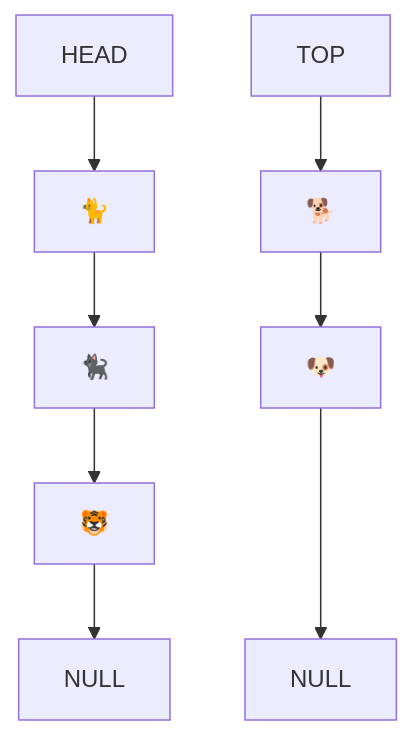
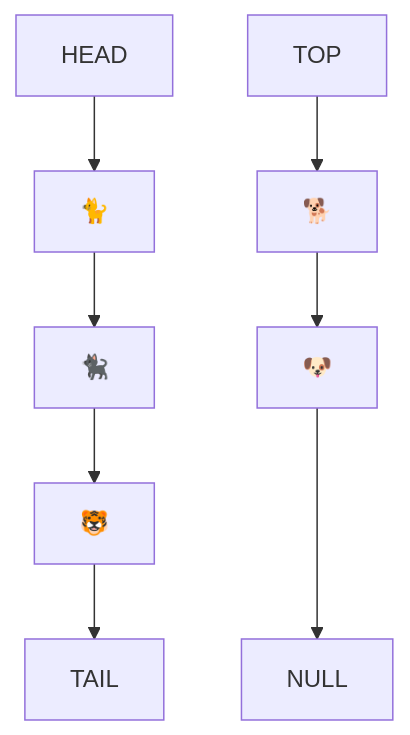
One commit to rmccrear/data-structures-and-algorithms changed the third of 5 diagrams in javascript/code-challenges/stack-queue-animal-shelter/README.md. Above: the diagram before and after it, drawn with Mermaid. The commit also changed other lines of this file, not shown here.

First line of the commit message:
Fix some issues with the diagram in animal-shelter

````diff
--- a/javascript/code-challenges/stack-queue-animal-shelter/README.md
+++ b/javascript/code-challenges/stack-queue-animal-shelter/README.md
@@ -32,6 +32,6 @@
 ```mermaid
     graph
-    HEAD[HEAD] -->C["🐈"] --> D["🐈‍⬛"]-->E["🐯"] --> TAIL[NULL]
+    HEAD[HEAD] -->C["🐈"] --> D["🐈‍⬛"]-->E["🐯"] --> TAIL
 
     HEAD2[TOP]-->B["🐕"]-->A["🐶"]--->TAIL2[NULL]
 ```
````
